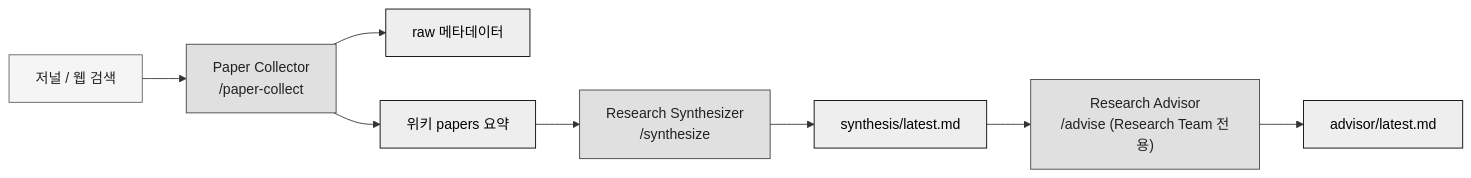
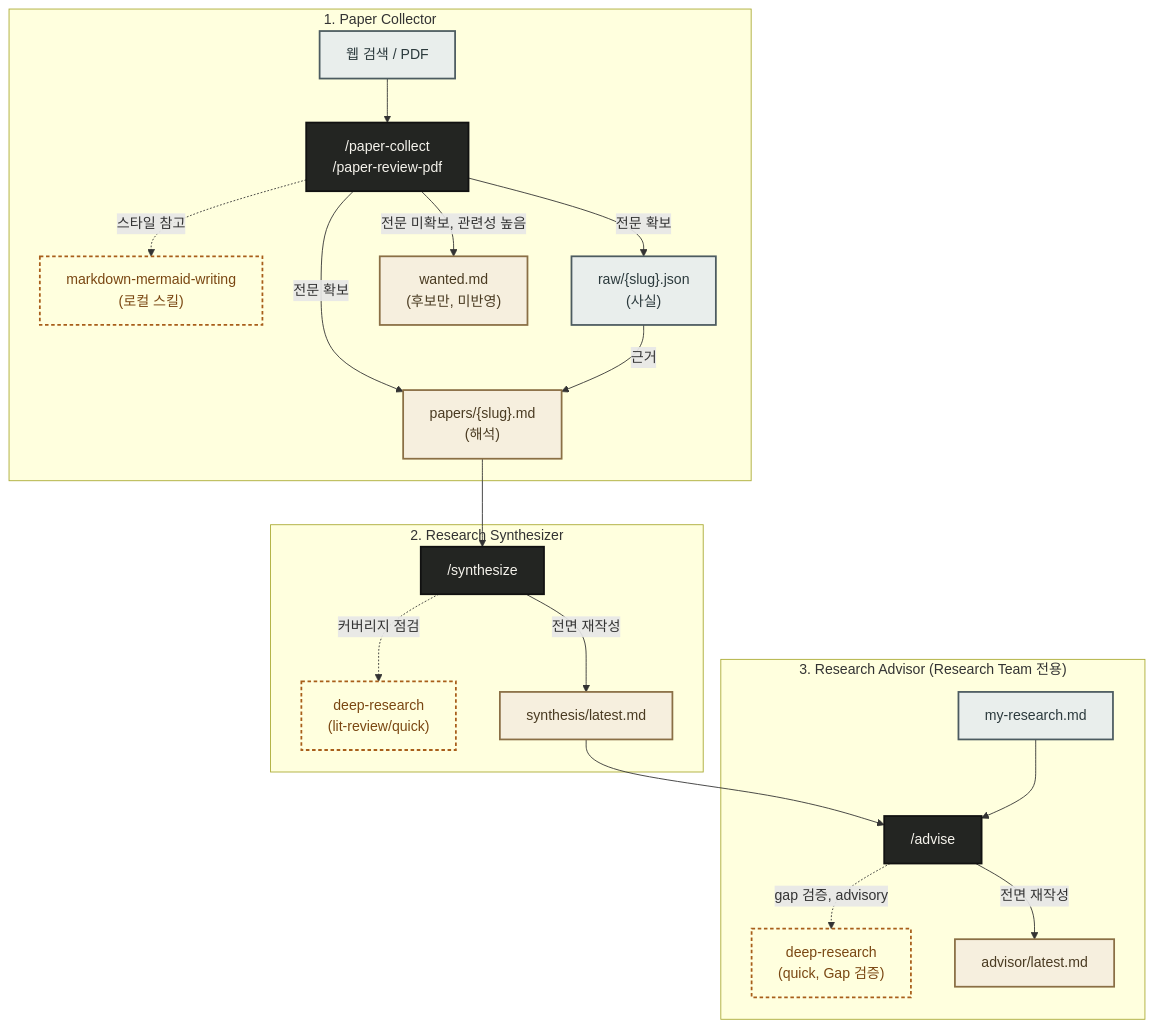
One commit to ditto-404/research-agent-office changed the first of 2 diagrams in README.md. Above: the diagram before and after it, drawn with Mermaid. The commit also changed other lines of this file, not shown here.

Commit message:
docs: embed mermaid workflow diagram, compact tables

````diff
--- a/README.md
+++ b/README.md
@@ -32,15 +32,53 @@
 ```mermaid
-flowchart LR
-    A["저널 / 웹 검색"]:::input --> B["Paper Collector<br/>/paper-collect"]:::process
-    B --> C["raw 메타데이터"]:::output
-    B --> D["위키 papers 요약"]:::output
-    D --> E["Research Synthesizer<br/>/synthesize"]:::process
-    E --> F["synthesis/latest.md"]:::output
-    F --> G["Research Advisor<br/>/advise (Research Team 전용)"]:::process
-    G --> H["advisor/latest.md"]:::output
+flowchart TB
+    accTitle: Research Office 파이프라인 전체 흐름
+    accDescr: 웹 검색이나 사용자가 넣은 PDF가 Paper Collector를 거쳐 raw 메타데이터(사실)와 위키 논문 요약(해석)으로 갈라지고, 전문을 못 구한 논문은 wanted.md 후보로만 남는다. Research Synthesizer가 위키 전체를 종합하고, Research Advisor가 이를 연구 프로필과 연결한다. 점선으로 표시된 스킬 노드는 각 단계가 결과를 확정하기 전에 자문받는 외부/로컬 스킬이다.
 
-    classDef input fill:#F5F5F5,stroke:#616161,color:#212121
-    classDef process fill:#E0E0E0,stroke:#424242,color:#212121
-    classDef output fill:#EEEEEE,stroke:#000000,color:#000000
-    classDef pending fill:#BDBDBD,stroke:#212121,color:#212121,stroke-dasharray: 4 2
+    subgraph collector_group ["1. Paper Collector"]
+        source["웹 검색 / PDF"]
+        collector["/paper-collect<br/>/paper-review-pdf"]
+        mermaid_skill["markdown-mermaid-writing<br/>(로컬 스킬)"]
+        raw["raw/{slug}.json<br/>(사실)"]
+        wiki_paper["papers/{slug}.md<br/>(해석)"]
+        wanted["wanted.md<br/>(후보만, 미반영)"]
+    end
+
+    subgraph synth_group ["2. Research Synthesizer"]
+        synth["/synthesize"]
+        deep_research_1["deep-research<br/>(lit-review/quick)"]
+        synthesis["synthesis/latest.md"]
+    end
+
+    subgraph advisor_group ["3. Research Advisor (Research Team 전용)"]
+        advisor["/advise"]
+        my_research["my-research.md"]
+        deep_research_2["deep-research<br/>(quick, Gap 검증)"]
+        advisor_out["advisor/latest.md"]
+    end
+
+    source --> collector
+    collector -.->|스타일 참고| mermaid_skill
+    collector -->|전문 확보| raw
+    collector -->|전문 확보| wiki_paper
+    collector -->|전문 미확보, 관련성 높음| wanted
+    raw -->|근거| wiki_paper
+
+    wiki_paper --> synth
+    synth -.->|커버리지 점검| deep_research_1
+    synth -->|전면 재작성| synthesis
+
+    synthesis --> advisor
+    my_research --> advisor
+    advisor -.->|gap 검증, advisory| deep_research_2
+    advisor -->|전면 재작성| advisor_out
+
+    classDef process_style fill:#232522,stroke:#111111,stroke-width:2px,color:#f5f3ec
+    classDef fact_style fill:#e9eeec,stroke:#4c5b60,stroke-width:2px,color:#2c3a3d
+    classDef wiki_style fill:#f6efde,stroke:#8a6f45,stroke-width:2px,color:#4a3b22
+    classDef skill_style fill:none,stroke:#a85e1a,stroke-width:2px,stroke-dasharray:4 3,color:#7a4712
+
+    class collector,synth,advisor process_style
+    class source,raw,my_research fact_style
+    class wiki_paper,synthesis,advisor_out,wanted wiki_style
+    class mermaid_skill,deep_research_1,deep_research_2 skill_style
 ```
````
